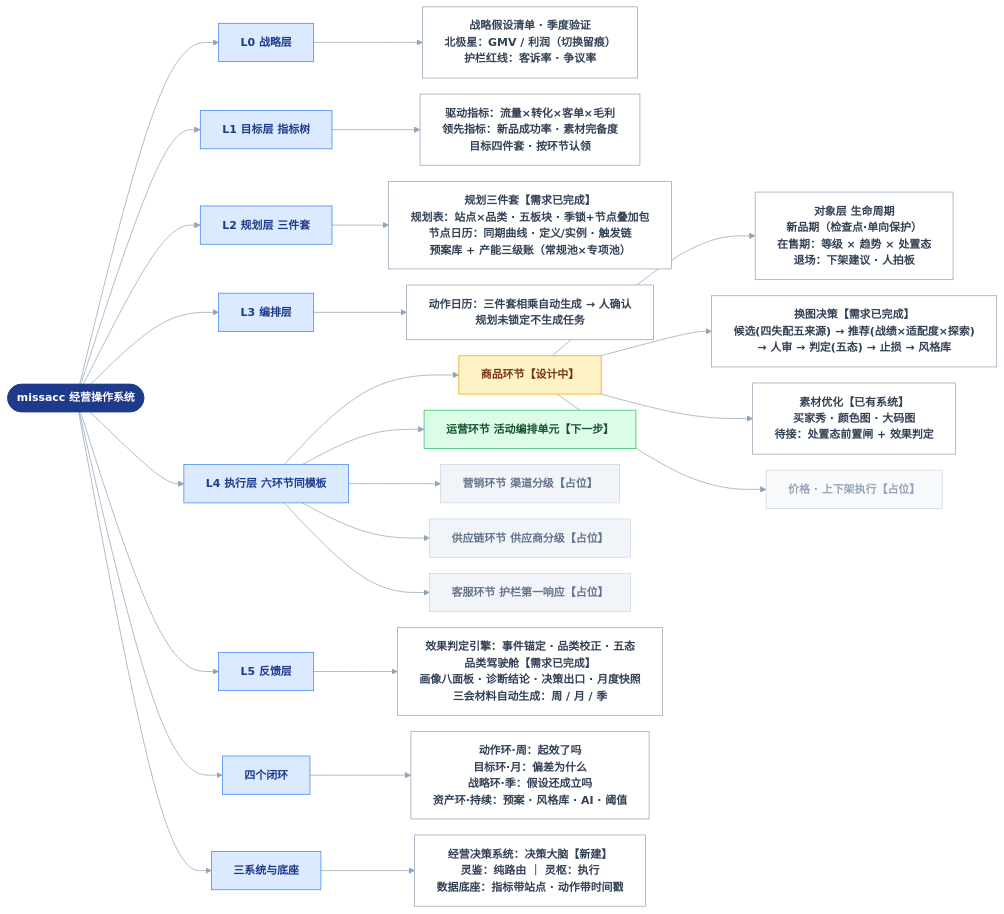
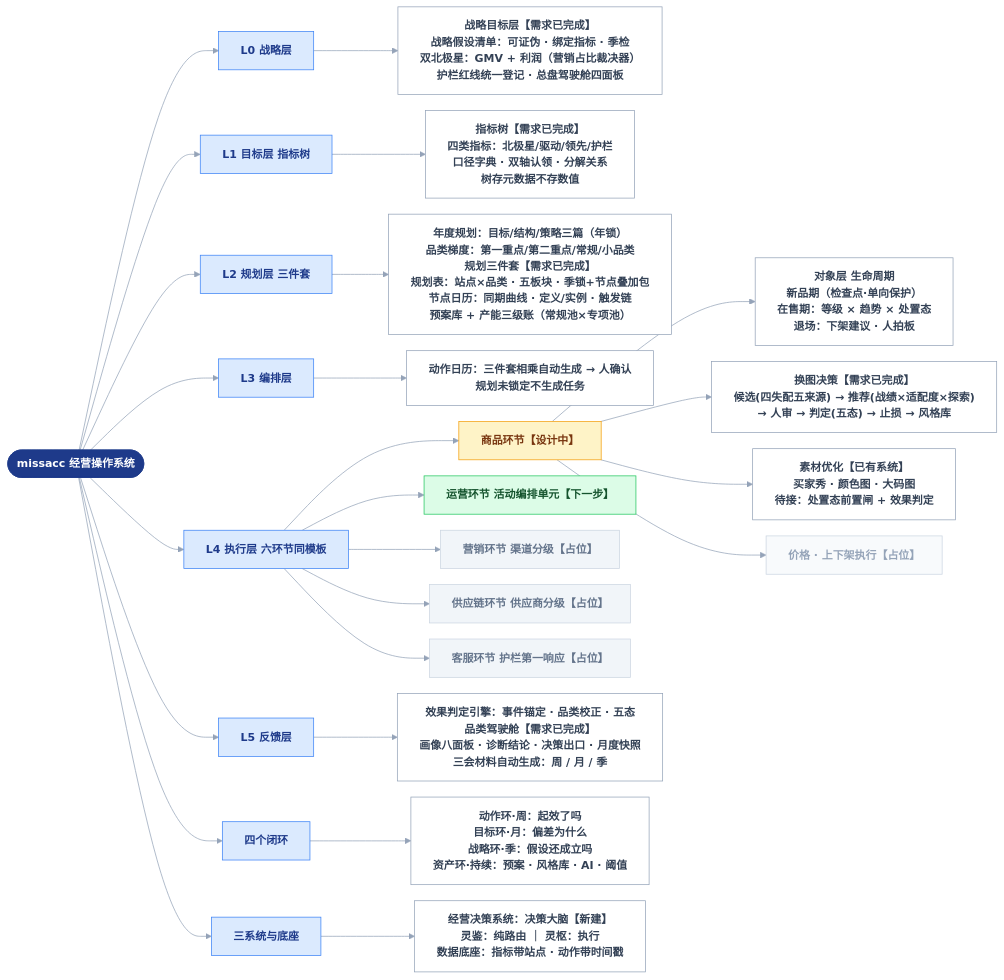
The diagram in docs/系统结构总览.md (devlee/ma), drawn with Mermaid before and after one commit. The commit also changed other lines of this file and 3 other files, not shown here.

````diff
--- a/docs/系统结构总览.md
+++ b/docs/系统结构总览.md
@@ -10,70 +10,74 @@
 ```mermaid
 %%{init: {"theme": "base", "themeVariables": {"fontSize": "15px", "primaryColor": "#f5f7fa", "primaryBorderColor": "#94a3b8", "primaryTextColor": "#1e293b", "lineColor": "#94a3b8"}, "flowchart": {"wrappingWidth": 480, "nodeSpacing": 22, "rankSpacing": 55, "curve": "basis"}}}%%
 flowchart LR
   ROOT(["missacc 经营操作系统"]):::root
 
   ROOT --> L0["L0 战略层"]:::layer
   ROOT --> L1["L1 目标层 指标树"]:::layer
   ROOT --> L2["L2 规划层 三件套"]:::layer
   ROOT --> L3["L3 编排层"]:::layer
   ROOT --> L4["L4 执行层 六环节同模板"]:::layer
   ROOT --> L5["L5 反馈层"]:::layer
   ROOT --> LOOP["四个闭环"]:::layer
   ROOT --> SYS["三系统与底座"]:::layer
 
-  L0 --> L0C["战略假设清单 · 季度验证
-北极星：GMV / 利润（切换留痕）
-护栏红线：客诉率 · 争议率"]:::leaf
+  L0 --> L0C["战略目标层【需求已完成】
+战略假设清单：可证伪 · 绑定指标 · 季检
+双北极星：GMV + 利润（营销占比裁决器）
+护栏红线统一登记 · 总盘驾驶舱四面板"]:::leaf
 
-  L1 --> L1C["驱动指标：流量×转化×客单×毛利
-领先指标：新品成功率 · 素材完备度
-目标四件套 · 按环节认领"]:::leaf
+  L1 --> L1C["指标树【需求已完成】
+四类指标：北极星/驱动/领先/护栏
+口径字典 · 双轴认领 · 分解关系
+树存元数据不存数值"]:::leaf
 
-  L2 --> L2C["规划三件套【需求已完成】
+  L2 --> L2C["年度规划：目标/结构/策略三篇（年锁）
+品类梯度：第一重点/第二重点/常规/小品类
+规划三件套【需求已完成】
 规划表：站点×品类 · 五板块 · 季锁+节点叠加包
 节点日历：同期曲线 · 定义/实例 · 触发链
 预案库 + 产能三级账（常规池×专项池）"]:::leaf
 
   L3 --> L3C["动作日历：三件套相乘自动生成 → 人确认
 规划未锁定不生成任务"]:::leaf
 
   L4 --> GOODS["商品环节【设计中】"]:::hl
   L4 --> OPS["运营环节 活动编排单元【下一步】"]:::env
   L4 --> MKT["营销环节 渠道分级【占位】"]:::dim
   L4 --> SCM["供应链环节 供应商分级【占位】"]:::dim
   L4 --> CS["客服环节 护栏第一响应【占位】"]:::dim
 
   GOODS --> OBJ["对象层 生命周期
 新品期（检查点·单向保护）
 在售期：等级 × 趋势 × 处置态
 退场：下架建议 · 人拍板"]:::leaf
   GOODS --> SWAP["换图决策【需求已完成】
 候选(四失配五来源) → 推荐(战绩×适配度×探索)
 → 人审 → 判定(五态) → 止损 → 风格库"]:::leaf
   GOODS --> MAT["素材优化【已有系统】
 买家秀 · 颜色图 · 大码图
 待接：处置态前置闸 + 效果判定"]:::leaf
   GOODS --> MORE["价格 · 上下架执行【占位】"]:::dimleaf
 
   L5 --> L5C["效果判定引擎：事件锚定 · 品类校正 · 五态
 品类驾驶舱【需求已完成】
 画像八面板 · 诊断结论 · 决策出口 · 月度快照
 三会材料自动生成：周 / 月 / 季"]:::leaf
 
   LOOP --> LOOPC["动作环·周：起效了吗
 目标环·月：偏差为什么
 战略环·季：假设还成立吗
 资产环·持续：预案 · 风格库 · AI · 阈值"]:::leaf
 
   SYS --> SYSC["经营决策系统：决策大脑【新建】
 灵鉴：纯路由 ｜ 灵枢：执行
 数据底座：指标带站点 · 动作带时间戳"]:::leaf
 
   classDef root fill:#1e3a8a,stroke:#1e3a8a,color:#ffffff,font-weight:bold
   classDef layer fill:#dbeafe,stroke:#3b82f6,color:#1e3a8a,font-weight:bold
   classDef env fill:#dcfce7,stroke:#22c55e,color:#14532d
   classDef hl fill:#fef3c7,stroke:#f59e0b,color:#78350f,font-weight:bold
   classDef dim fill:#f1f5f9,stroke:#cbd5e1,color:#64748b
   classDef leaf fill:#ffffff,stroke:#94a3b8,color:#334155
   classDef dimleaf fill:#f8fafc,stroke:#cbd5e1,color:#94a3b8
 ```
````
